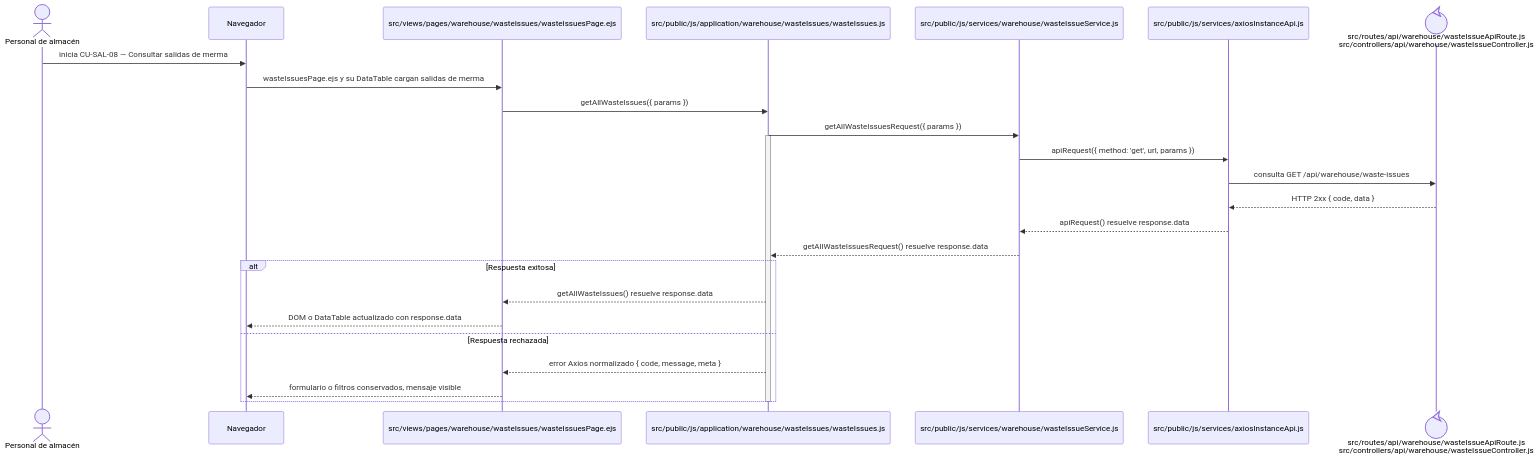
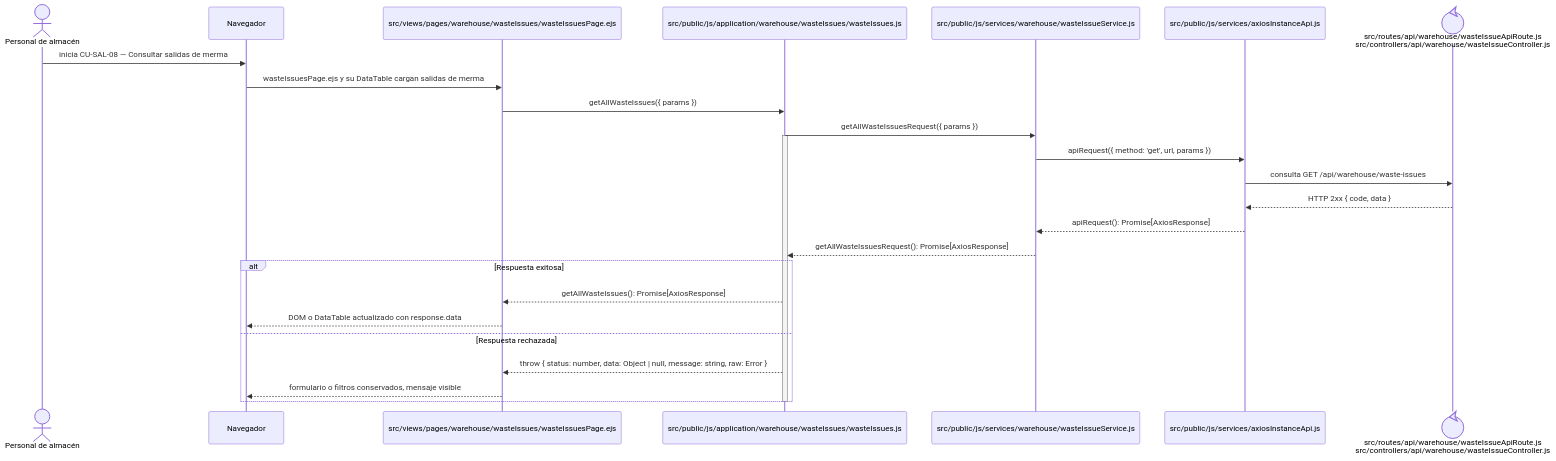
Before and after one commit to gpgsistemas01/nexus: the diagram in docs/architecture/frontend-code-sequences/issues/cu-sal-08.md, drawn with Mermaid. The commit also changed 146 other files, not shown here.

````diff
--- a/docs/architecture/frontend-code-sequences/issues/cu-sal-08.md
+++ b/docs/architecture/frontend-code-sequences/issues/cu-sal-08.md
@@ -6,29 +6,29 @@
 ```mermaid
 sequenceDiagram
     actor Initiator as Personal de almacén
     participant Browser as Navegador
     participant View as src/views/pages/warehouse/wasteIssues/wasteIssuesPage.ejs
     participant Application as src/public/js/application/warehouse/wasteIssues/wasteIssues.js
     participant Request as src/public/js/services/warehouse/wasteIssueService.js
     participant HTTP as src/public/js/services/axiosInstanceApi.js
     participant Transport@{ "type": "control" } as src/routes/api/warehouse/wasteIssueApiRoute.js<br/>src/controllers/api/warehouse/wasteIssueController.js
 
     Initiator->>Browser: inicia CU-SAL-08 — Consultar salidas de merma
     Browser->>View: wasteIssuesPage.ejs y su DataTable cargan salidas de merma
     View->>Application: getAllWasteIssues({ params })
     Application->>Request: getAllWasteIssuesRequest({ params })
     activate Application
     Request->>HTTP: apiRequest({ method: 'get', url, params })
     HTTP->>Transport: consulta GET /api/warehouse/waste-issues
     Transport-->>HTTP: HTTP 2xx { code, data }
-    HTTP-->>Request: apiRequest() resuelve response.data
-    Request-->>Application: getAllWasteIssuesRequest() resuelve response.data
+    HTTP-->>Request: apiRequest(): Promise[AxiosResponse]
+    Request-->>Application: getAllWasteIssuesRequest(): Promise[AxiosResponse]
     alt Respuesta exitosa
-        Application-->>View: getAllWasteIssues() resuelve response.data
+        Application-->>View: getAllWasteIssues(): Promise[AxiosResponse]
         View-->>Browser: DOM o DataTable actualizado con response.data
     else Respuesta rechazada
-        Application-->>View: error Axios normalizado { code, message, meta }
+        Application-->>View: throw { status: number, data: Object | null, message: string, raw: Error }
         View-->>Browser: formulario o filtros conservados, mensaje visible
     end
     deactivate Application
 ```
````
